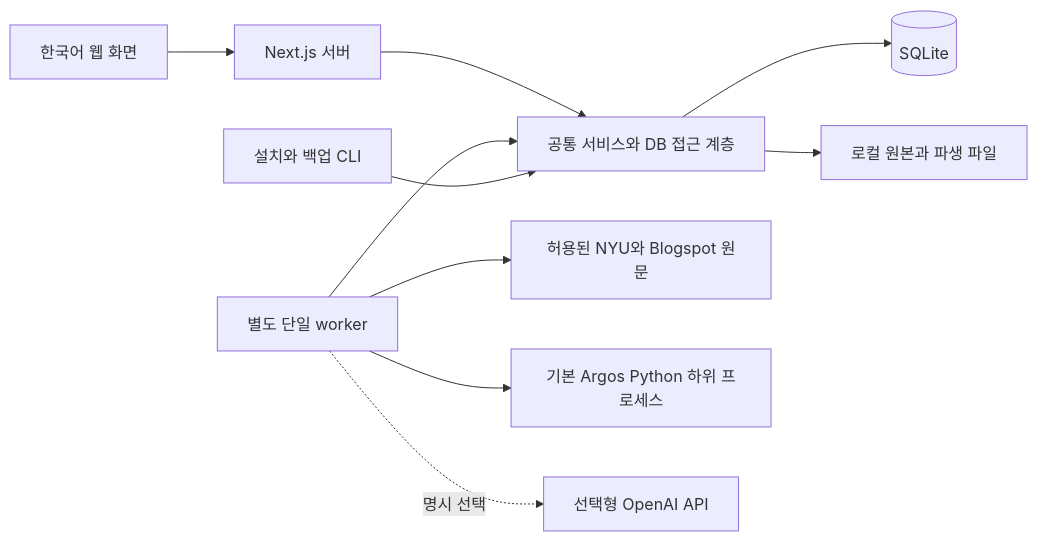
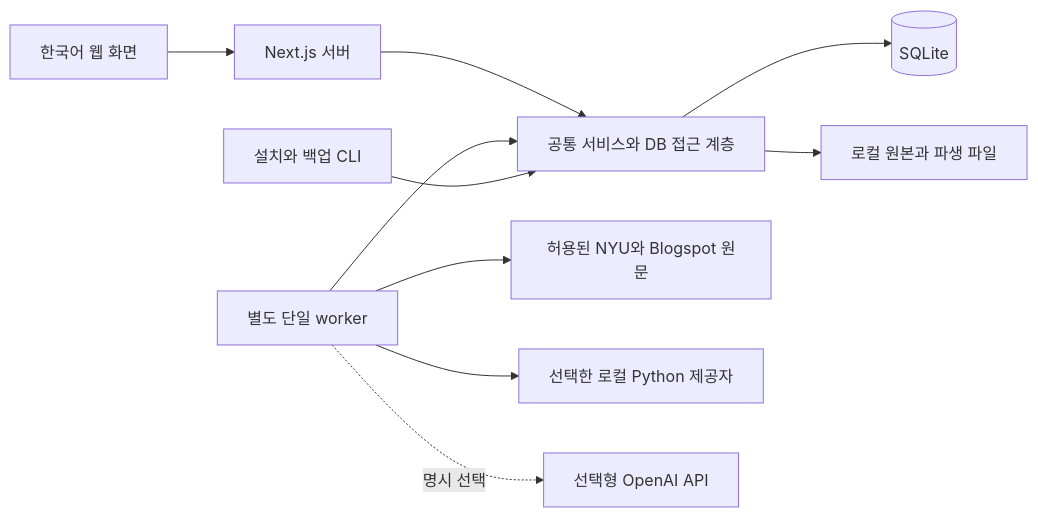
Before and after one commit to Sooobeo/damodaran: the first of 3 diagrams in SYSTEM_DESIGN.md, drawn with Mermaid. The commit also changed other lines of this file and 310 other files, not shown here.

````diff
--- a/SYSTEM_DESIGN.md
+++ b/SYSTEM_DESIGN.md
@@ -40,12 +40,12 @@
 ```mermaid
 flowchart LR
     Browser[한국어 웹 화면] --> Web[Next.js 서버]
     Web --> Services[공통 서비스와 DB 접근 계층]
     Services --> DB[(SQLite)]
     Services --> Files[로컬 원본과 파생 파일]
     Worker[별도 단일 worker] --> Services
     Worker --> Sources[허용된 NYU와 Blogspot 원문]
-    Worker --> Local[기본 Argos Python 하위 프로세스]
+    Worker --> Local[선택한 로컬 Python 제공자]
     Worker -. 명시 선택 .-> Provider[선택형 OpenAI API]
     CLI[설치와 백업 CLI] --> Services
 ```
````
